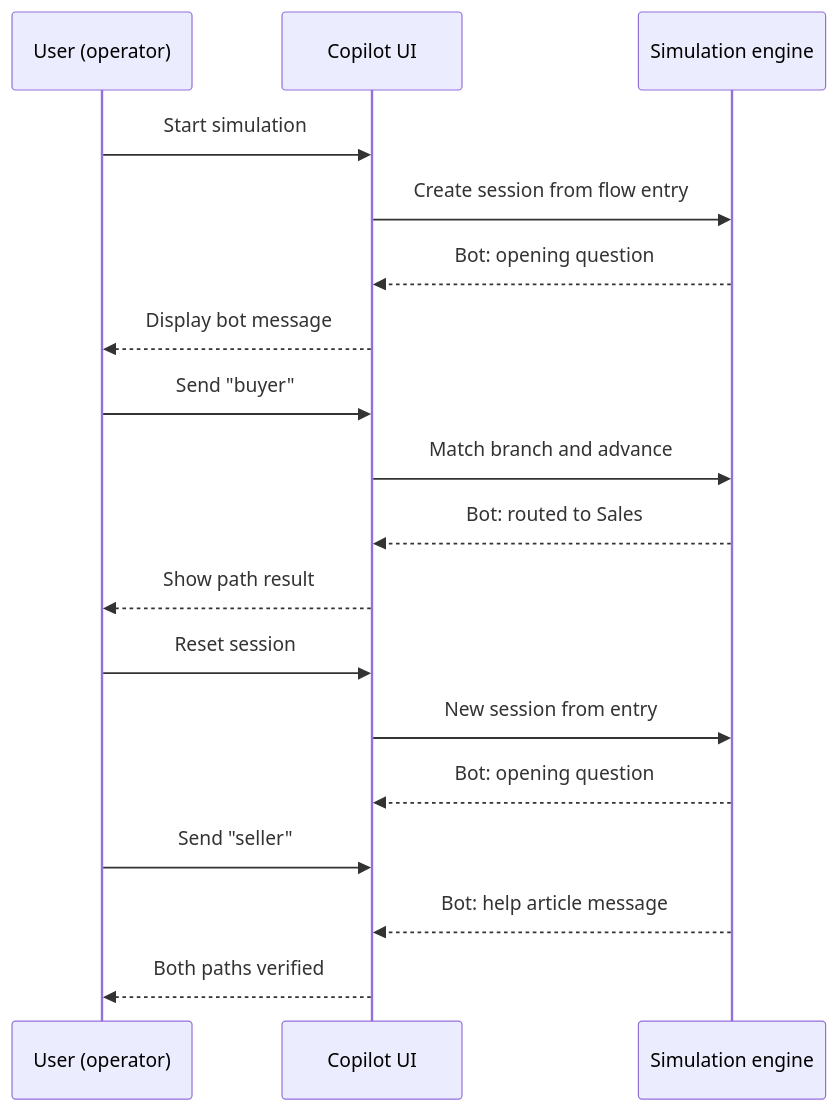
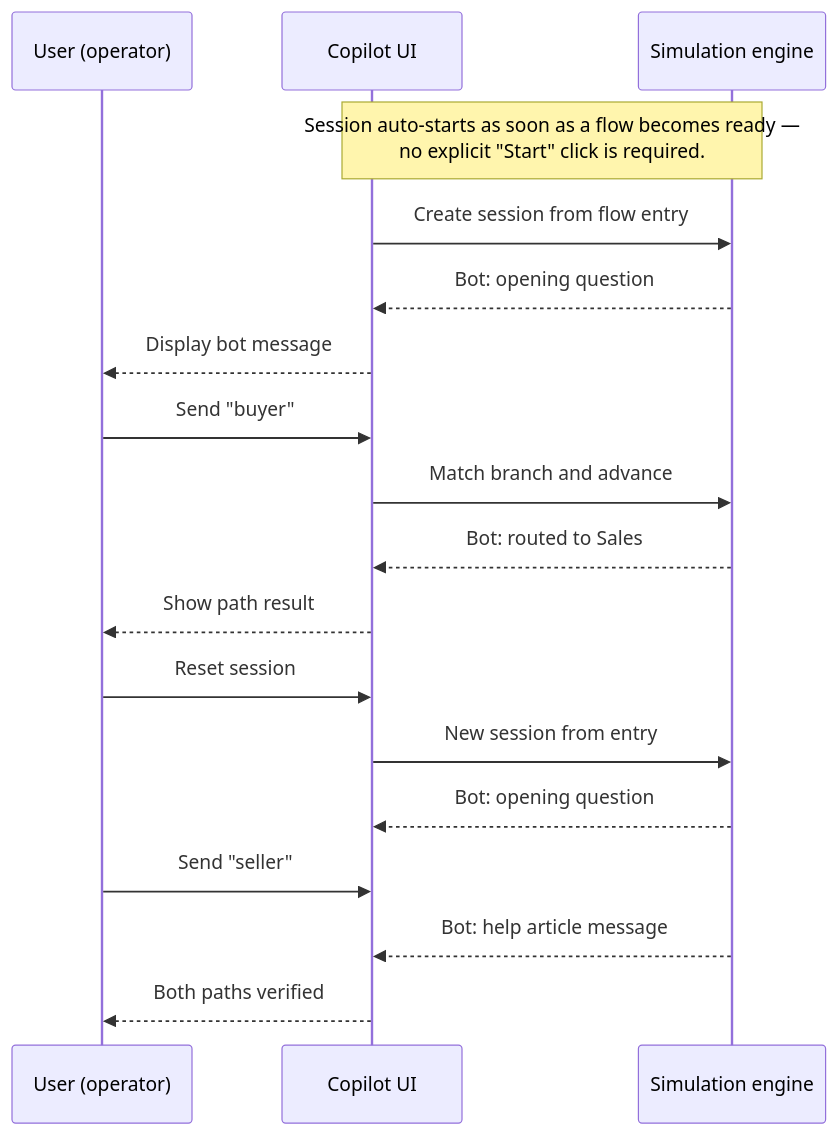
One commit to mikeyangyun/Wati-Automation-Copilot changed the third of 4 diagrams in PRODUCT.md. Above: the diagram before and after it, drawn with Mermaid. The commit also changed other lines of this file and 2 other files, not shown here.

Commit message:
feat: update product documentation to reflect implementation completion and enhance simulation flow details, including auto-start behavior and review process improvements

````diff
--- a/PRODUCT.md
+++ b/PRODUCT.md
@@ -151,23 +151,23 @@
 ```mermaid
 sequenceDiagram
     participant U as User (operator)
     participant C as Copilot UI
     participant S as Simulation engine
 
-    U->>C: Start simulation
+    Note over C,S: Session auto-starts as soon as a flow becomes ready —<br/>no explicit "Start" click is required.
     C->>S: Create session from flow entry
     S-->>C: Bot: opening question
     C-->>U: Display bot message
 
     U->>C: Send "buyer"
     C->>S: Match branch and advance
     S-->>C: Bot: routed to Sales
     C-->>U: Show path result
 
     U->>C: Reset session
     C->>S: New session from entry
     S-->>C: Bot: opening question
     U->>C: Send "seller"
     S-->>C: Bot: help article message
     C-->>U: Both paths verified
 ```
````
